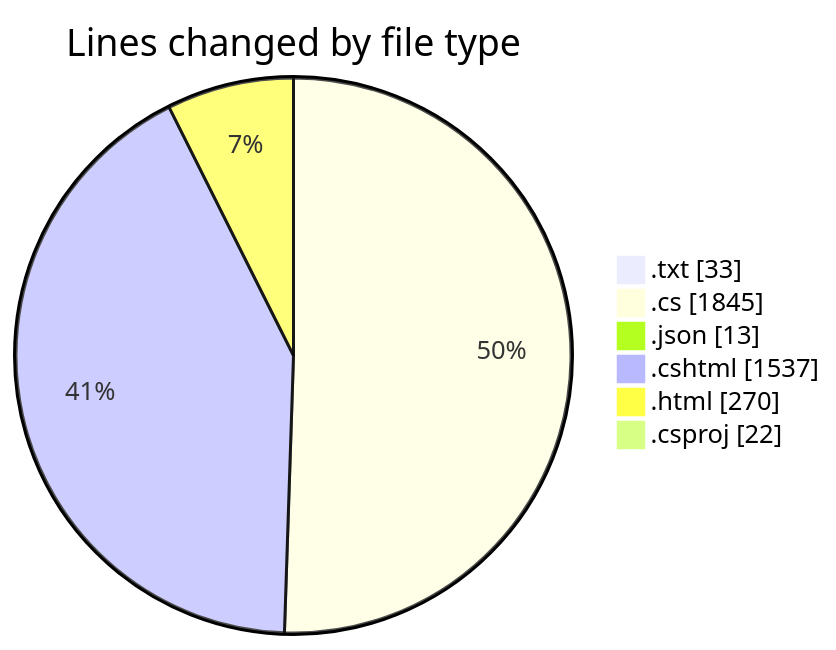
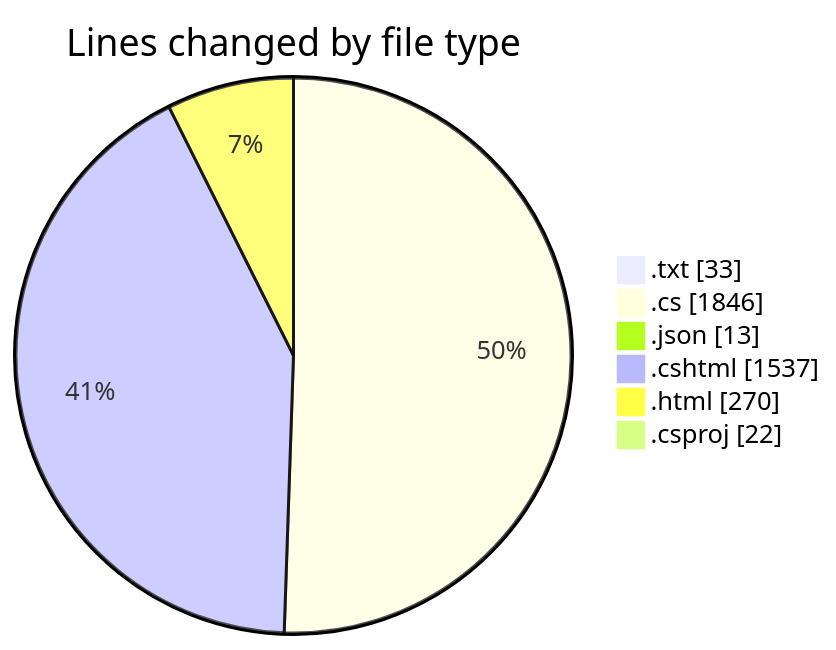
One commit to lephambinh05/code-tracking changed the first of 2 diagrams in 2025-07-27/quanlyrapchieuphim-1/README.md. Above: the diagram before and after it, drawn with Mermaid. The commit also changed other lines of this file and 1 other file, not shown here.

````diff
--- a/2025-07-27/quanlyrapchieuphim-1/README.md
+++ b/2025-07-27/quanlyrapchieuphim-1/README.md
@@ -39,10 +39,10 @@
 ```mermaid
 pie showData
 title Lines changed by file type
 ".txt" : 33
-".cs" : 1845
+".cs" : 1846
 ".json" : 13
 ".cshtml" : 1537
 ".html" : 270
 ".csproj" : 22
 ```
````
